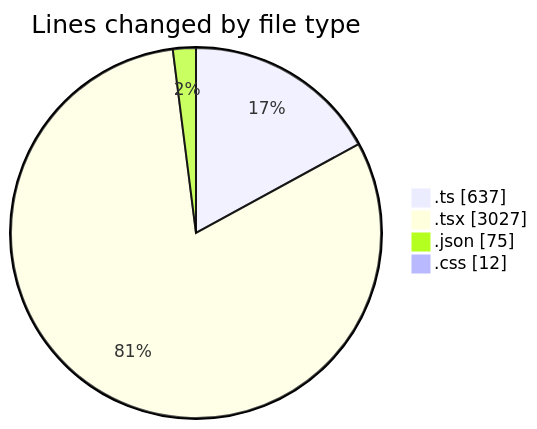
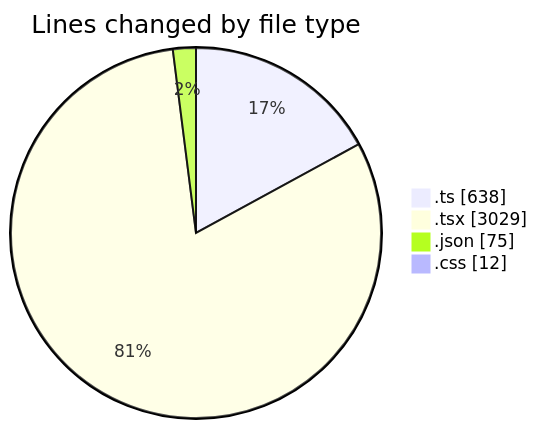
The first of 2 diagrams in 2025-01-27/termonied-web/README.md (robertbonfada/code-tracking), drawn with Mermaid before and after one commit. The commit also changed other lines of this file and 1 other file, not shown here.

````diff
--- a/2025-01-27/termonied-web/README.md
+++ b/2025-01-27/termonied-web/README.md
@@ -33,8 +33,8 @@
 ```mermaid
 pie showData
 title Lines changed by file type
-".ts" : 637
-".tsx" : 3027
+".ts" : 638
+".tsx" : 3029
 ".json" : 75
 ".css" : 12
 ```
````
